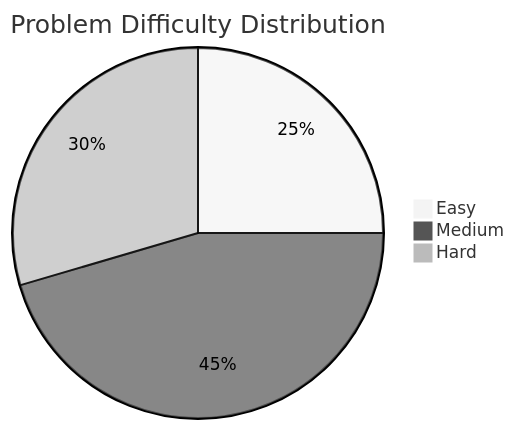
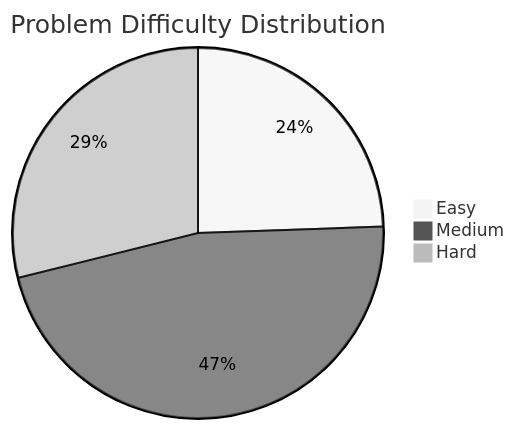
One commit to ernivani/leetcode-solutions changed the first of 2 diagrams in JOURNAL.md. Above: the diagram before and after it, drawn with Mermaid (neutral theme). The commit also changed other lines of this file and 2 other files, not shown here.

````diff
--- a/JOURNAL.md
+++ b/JOURNAL.md
@@ -55,6 +56,6 @@
 ```mermaid
 pie title Problem Difficulty Distribution
     "Easy" : 11
-    "Medium" : 20
+    "Medium" : 21
     "Hard" : 13
 ```
````
